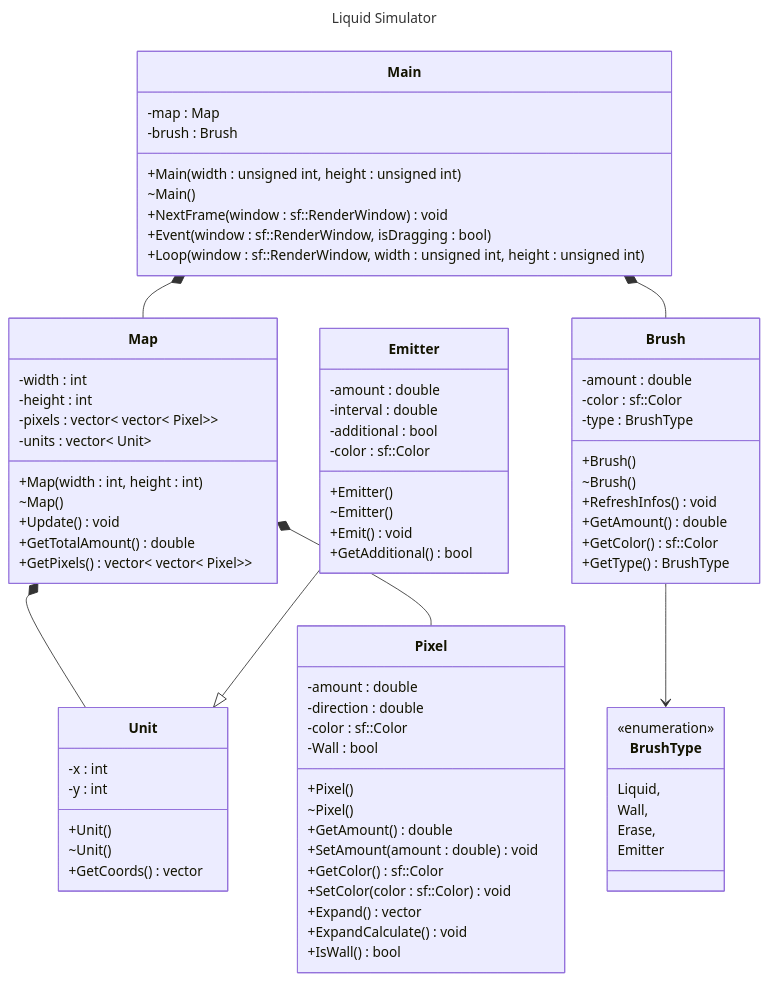
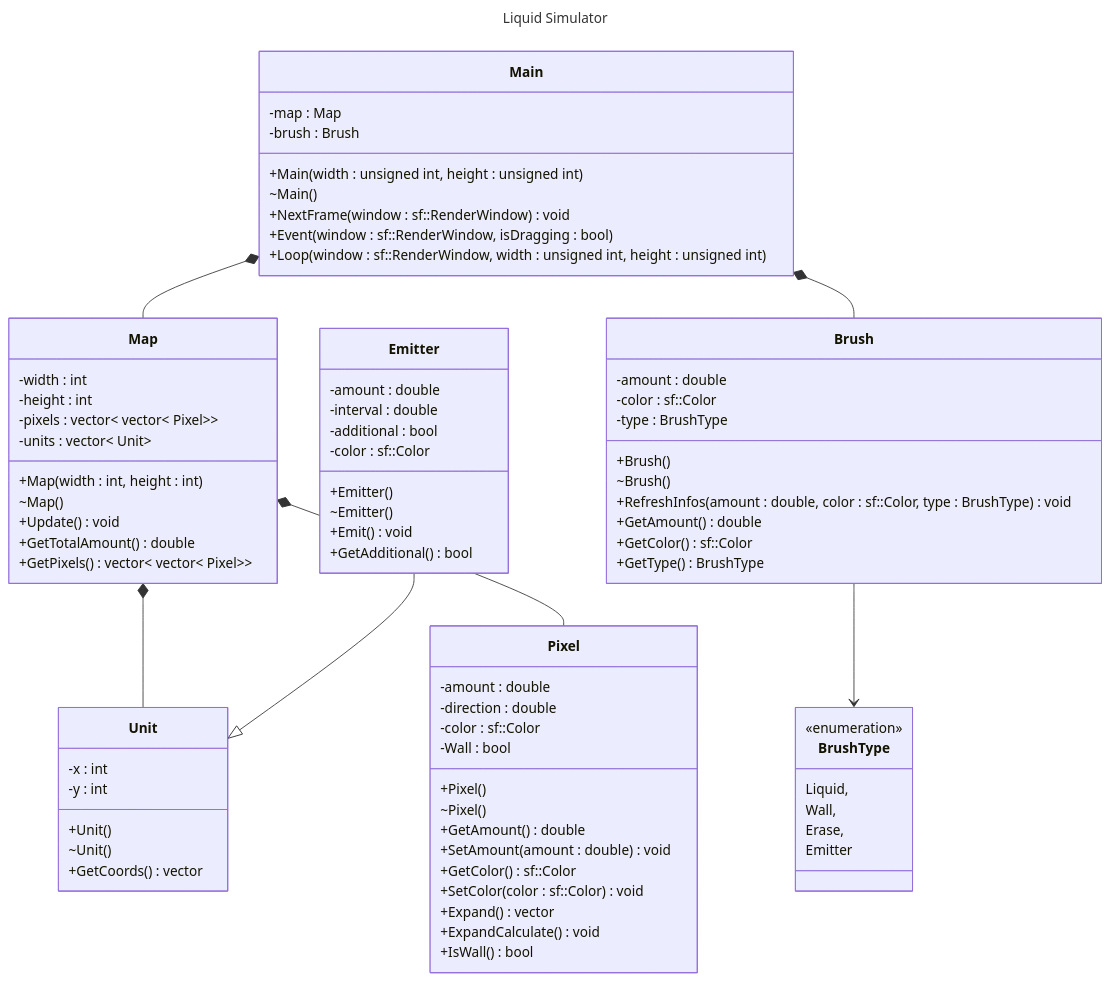
The diagram in README.md (LogicLoic/Liquid-Simulator), drawn with Mermaid before and after one commit. The commit also changed other lines of this file and 5 other files, not shown here.

```diff
--- a/README.md
+++ b/README.md
@@ -74,7 +74,7 @@
 
         +Brush()
         ~Brush()
-        +RefreshInfos() void
+        +RefreshInfos(amount : double, color : sf::Color, type : BrushType) void
         +GetAmount() double
         +GetColor() sf::Color
         +GetType() BrushType
```
